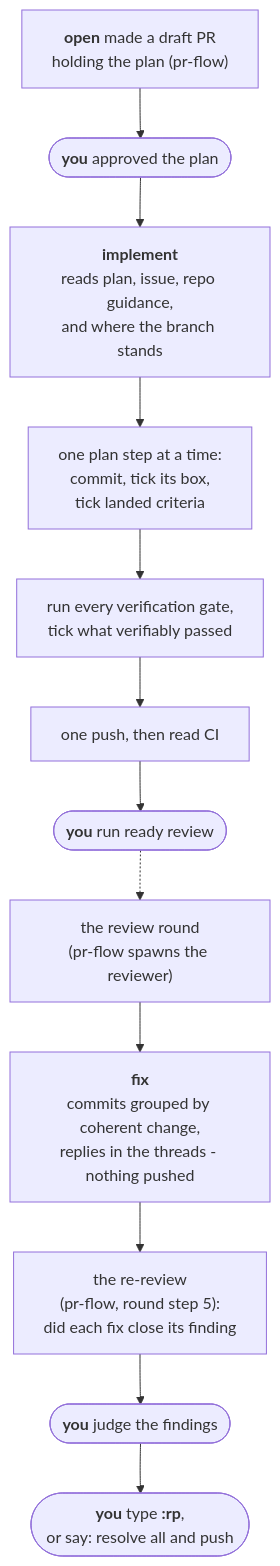
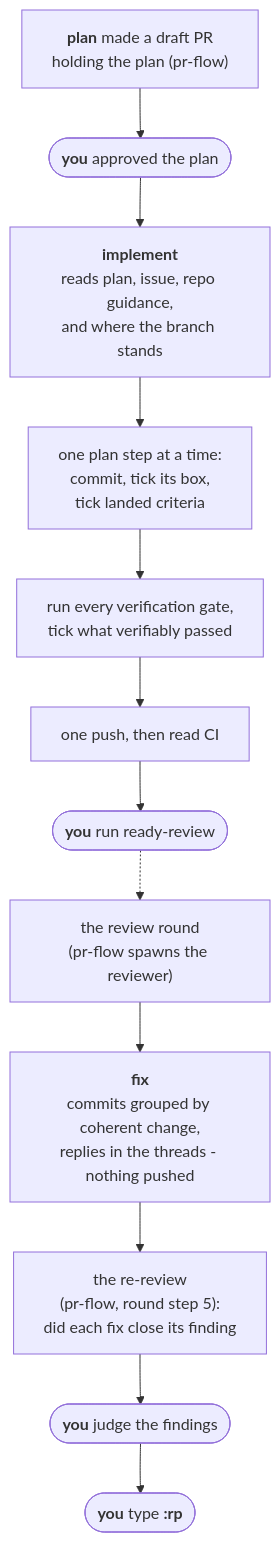
The diagram in plugins/gh-solo/skills/implement/README.md (izkreny/agentifico), drawn with Mermaid before and after one commit. The commit also changed other lines of this file and 26 other files, not shown here.

````diff
--- a/plugins/gh-solo/skills/implement/README.md
+++ b/plugins/gh-solo/skills/implement/README.md
@@ -22,14 +22,14 @@
 ```mermaid
 flowchart TD
-    A["<b>open</b> made a draft PR<br/>holding the plan (pr-flow)"] --> STOP(["<b>you</b> approved the plan"])
+    A["<b>plan</b> made a draft PR<br/>holding the plan (pr-flow)"] --> STOP(["<b>you</b> approved the plan"])
     STOP --> B["<b>implement</b><br/>reads plan, issue, repo guidance,<br/>and where the branch stands"]
     B --> C["one plan step at a time:<br/>commit, tick its box,<br/>tick landed criteria"]
     C --> D["run every verification gate,<br/>tick what verifiably passed"]
     D --> E["one push, then read CI"]
-    E --> F(["<b>you</b> run ready review"])
+    E --> F(["<b>you</b> run ready-review"])
     F -.-> G["the review round<br/>(pr-flow spawns the reviewer)"]
     G --> I["<b>fix</b><br/>commits grouped by coherent change,<br/>replies in the threads - nothing pushed"]
     I --> RR["the re-review<br/>(pr-flow, round step 5):<br/>did each fix close its finding"]
     RR --> H(["<b>you</b> judge the findings"])
-    H --> J(["<b>you</b> type <b>:rp</b>,<br/>or say: resolve all and push"])
+    H --> J(["<b>you</b> type <b>:rp</b>"])
 ```
````
